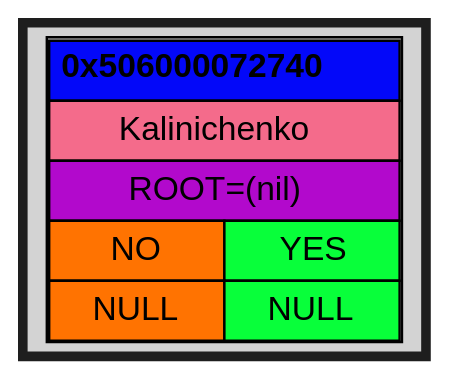
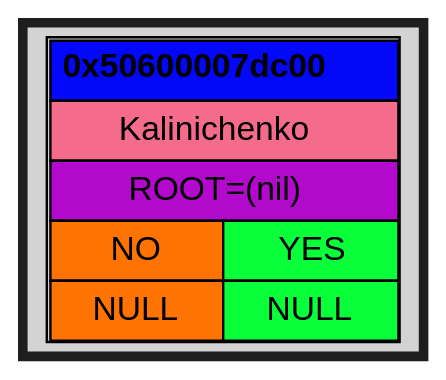
The diagram in DUMPS/DEBUG/graph.dot (Kabuto-Mainer/Akinator), drawn with Graphviz before and after one commit. The commit also changed 53 other files, not shown here.

```diff
--- a/DUMPS/DEBUG/graph.dot
+++ b/DUMPS/DEBUG/graph.dot
@@ -1,23 +1,23 @@
 digraph {
   rankdir=UD;
   bgcolor="#1e1e1e"
   splines=ortho;
   nodesep=0.4;
   ranksep=0.6;
   node [shape=plaintext, style=filled, fontname="Helvetica"];
   edge [arrowhead=vee, arrowsize=0.6, penwidth=1.2];
 
-block_0x506000072740 [label=<
+block_0x50600007dc00 [label=<
 <TABLE CELLSPACING="0" CELLPADDING="4">
-<TR><TD PORT="root" BGCOLOR="#0308f9ff" COLSPAN="2"><B>0x506000072740</B></TD></TR>
+<TR><TD PORT="root" BGCOLOR="#0308f9ff" COLSPAN="2"><B>0x50600007dc00</B></TD></TR>
 <TR><TD BGCOLOR="#f46b8bff" COLSPAN="2">Kalinichenko</TD></TR>
 <TR><TD BGCOLOR="#b209ccff" COLSPAN="2">ROOT=(nil)</TD></TR>
 <TR><TD BGCOLOR="#ff7301ff">NO</TD><TD BGCOLOR="#08ff3aff">YES</TD></TR>
 <TR>
 <TD PORT="left" BGCOLOR="#ff7301ff">NULL</TD>
 <TD PORT="right" BGCOLOR="#08ff3aff">NULL</TD>
 </TR>
 </TABLE> >];
 
 
 }
```
